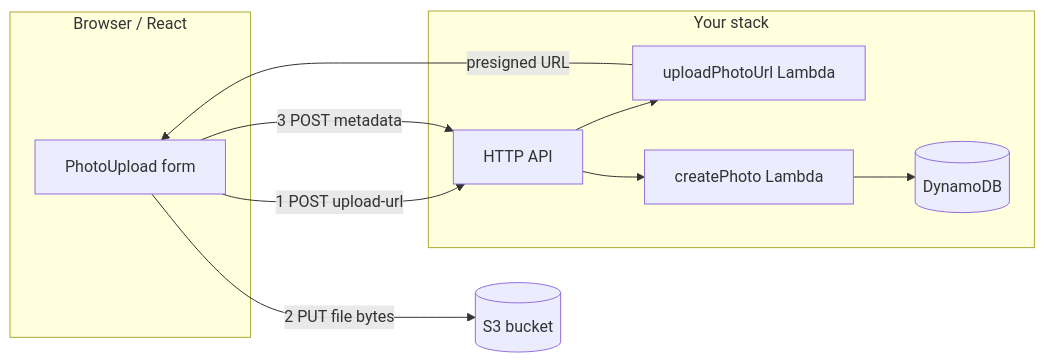
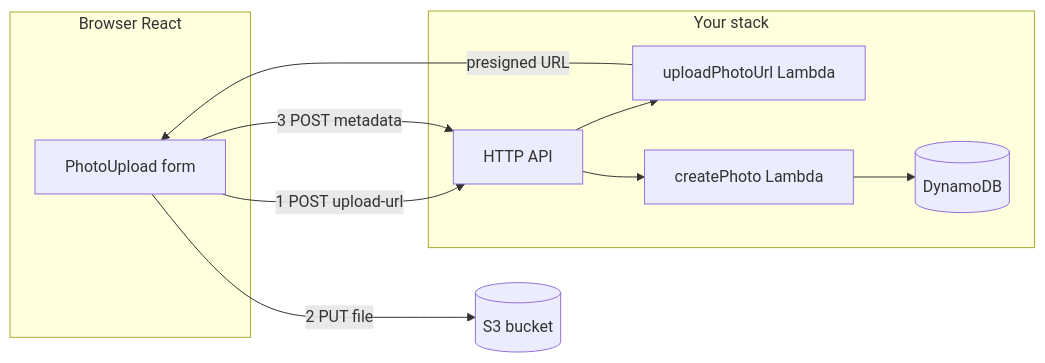
One commit to stephenfreely/photostore changed the fifth of 8 diagrams in README.md. Above: the diagram before and after it, drawn with Mermaid. The commit also changed other lines of this file, not shown here.

````diff
--- a/README.md
+++ b/README.md
@@ -495,20 +497,23 @@
 ```mermaid
 flowchart LR
-  subgraph browser [Browser / React]
+  subgraph browser [Browser React]
     UI[PhotoUpload form]
   end
 
   subgraph stack [Your stack]
     GW[HTTP API]
     L1[uploadPhotoUrl Lambda]
     L2[createPhoto Lambda]
     DB[(DynamoDB)]
   end
 
   S3[(S3 bucket)]
 
-  UI -->|1 POST upload-url| GW --> L1
+  UI -->|1 POST upload-url| GW
+  GW --> L1
   L1 -->|presigned URL| UI
-  UI -->|2 PUT file bytes| S3
-  UI -->|3 POST metadata| GW --> L2 --> DB
+  UI -->|2 PUT file| S3
+  UI -->|3 POST metadata| GW
+  GW --> L2
+  L2 --> DB
 ```
````
